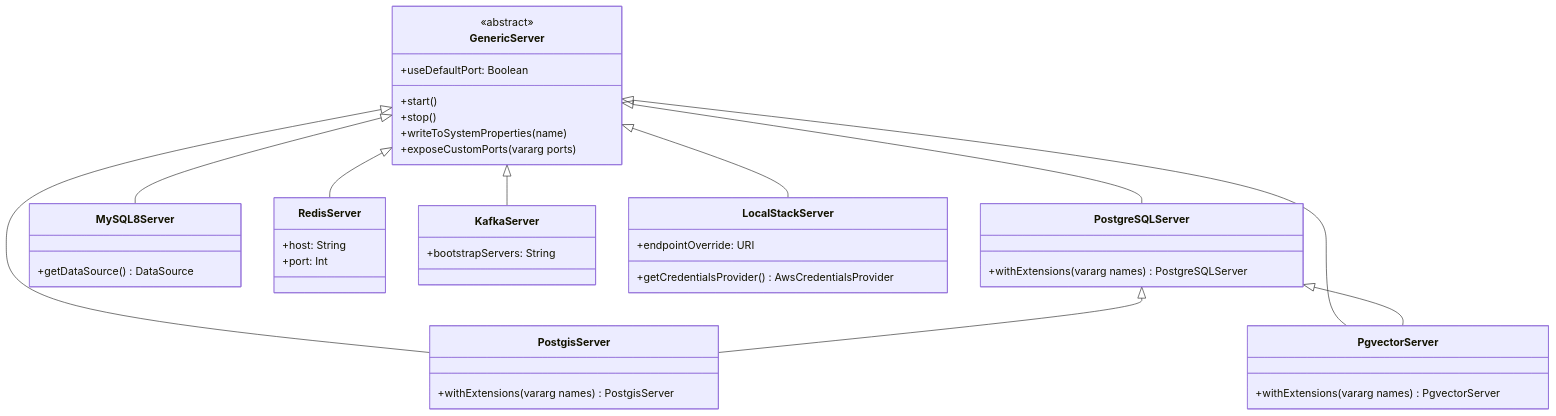
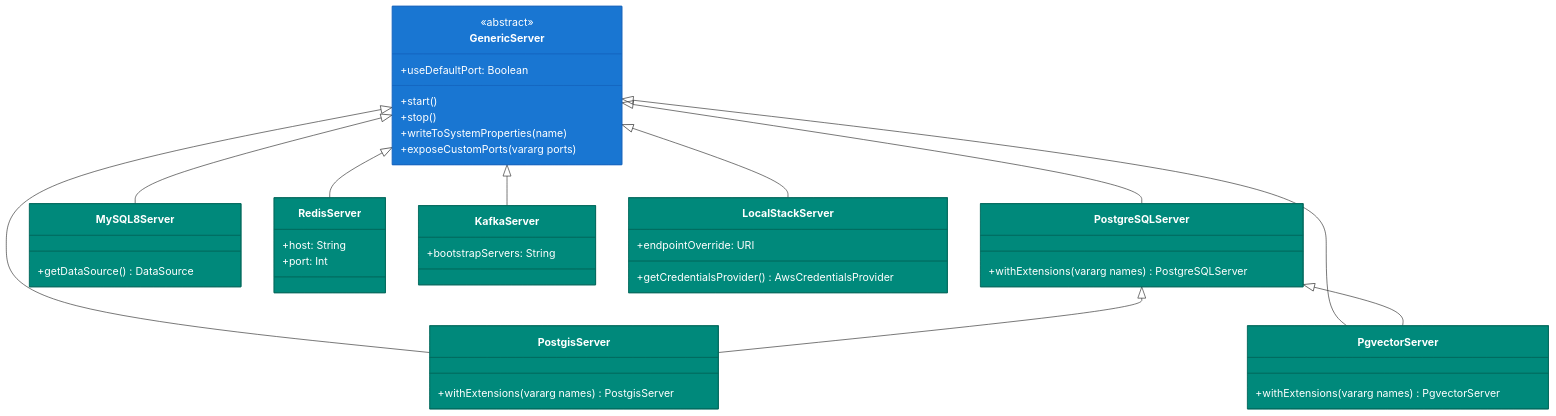
The second of 4 diagrams in testing/testcontainers/README.md (bluetape4k/bluetape4k-projects), drawn with Mermaid before and after one commit. The commit also changed other lines of this file and 221 other files, not shown here.

First line of the commit message:
docs: 전체 모듈 README UML 다이어그램 보강 및 색상 업그레이드

````diff
--- a/testing/testcontainers/README.md
+++ b/testing/testcontainers/README.md
@@ -39,44 +47,53 @@
 ```mermaid
 classDiagram
     class GenericServer {
         <<abstract>>
         +useDefaultPort: Boolean
         +start()
         +stop()
         +writeToSystemProperties(name)
         +exposeCustomPorts(vararg ports)
     }
     class PostgreSQLServer {
         +withExtensions(vararg names) PostgreSQLServer
     }
     class PostgisServer {
         +withExtensions(vararg names) PostgisServer
     }
     class PgvectorServer {
         +withExtensions(vararg names) PgvectorServer
     }
     class MySQL8Server {
         +getDataSource() DataSource
     }
     class RedisServer {
         +host: String
         +port: Int
     }
     class KafkaServer {
         +bootstrapServers: String
     }
     class LocalStackServer {
         +endpointOverride: URI
         +getCredentialsProvider() AwsCredentialsProvider
     }
 
     GenericServer <|-- PostgreSQLServer
     GenericServer <|-- PostgisServer
     GenericServer <|-- PgvectorServer
     GenericServer <|-- MySQL8Server
     GenericServer <|-- RedisServer
     GenericServer <|-- KafkaServer
     GenericServer <|-- LocalStackServer
     PostgreSQLServer <|-- PostgisServer
     PostgreSQLServer <|-- PgvectorServer
+
+    style GenericServer fill:#1976D2,stroke:#1565C0,color:#FFFFFF
+    style PostgreSQLServer fill:#00897B,stroke:#00695C,color:#FFFFFF
+    style PostgisServer fill:#00897B,stroke:#00695C,color:#FFFFFF
+    style PgvectorServer fill:#00897B,stroke:#00695C,color:#FFFFFF
+    style MySQL8Server fill:#00897B,stroke:#00695C,color:#FFFFFF
+    style RedisServer fill:#00897B,stroke:#00695C,color:#FFFFFF
+    style KafkaServer fill:#00897B,stroke:#00695C,color:#FFFFFF
+    style LocalStackServer fill:#00897B,stroke:#00695C,color:#FFFFFF
 ```
````
